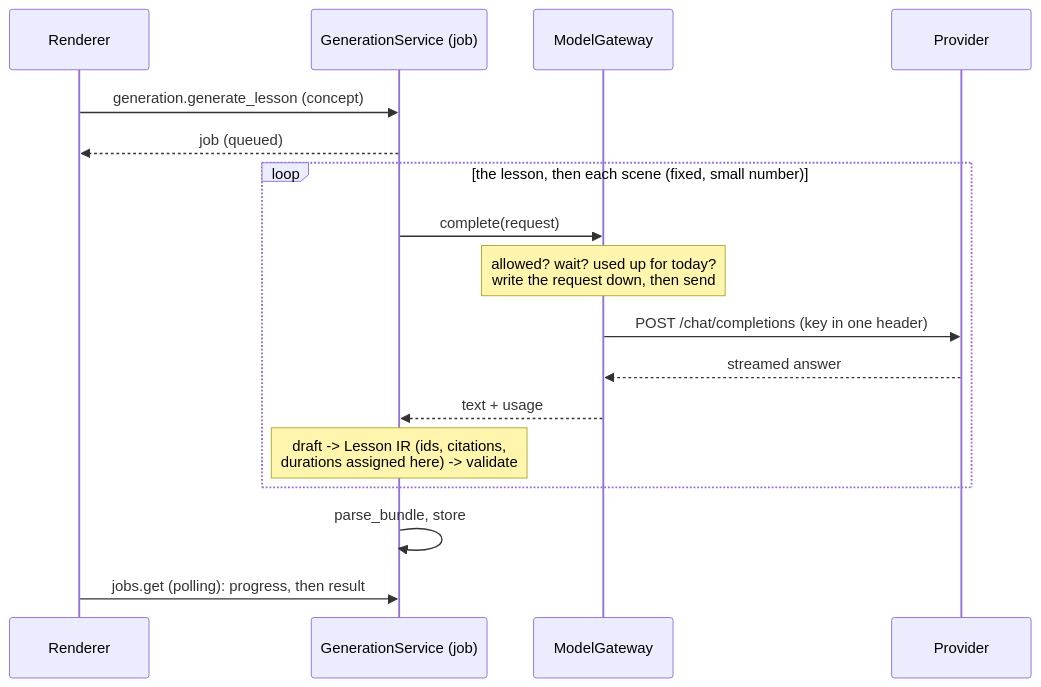
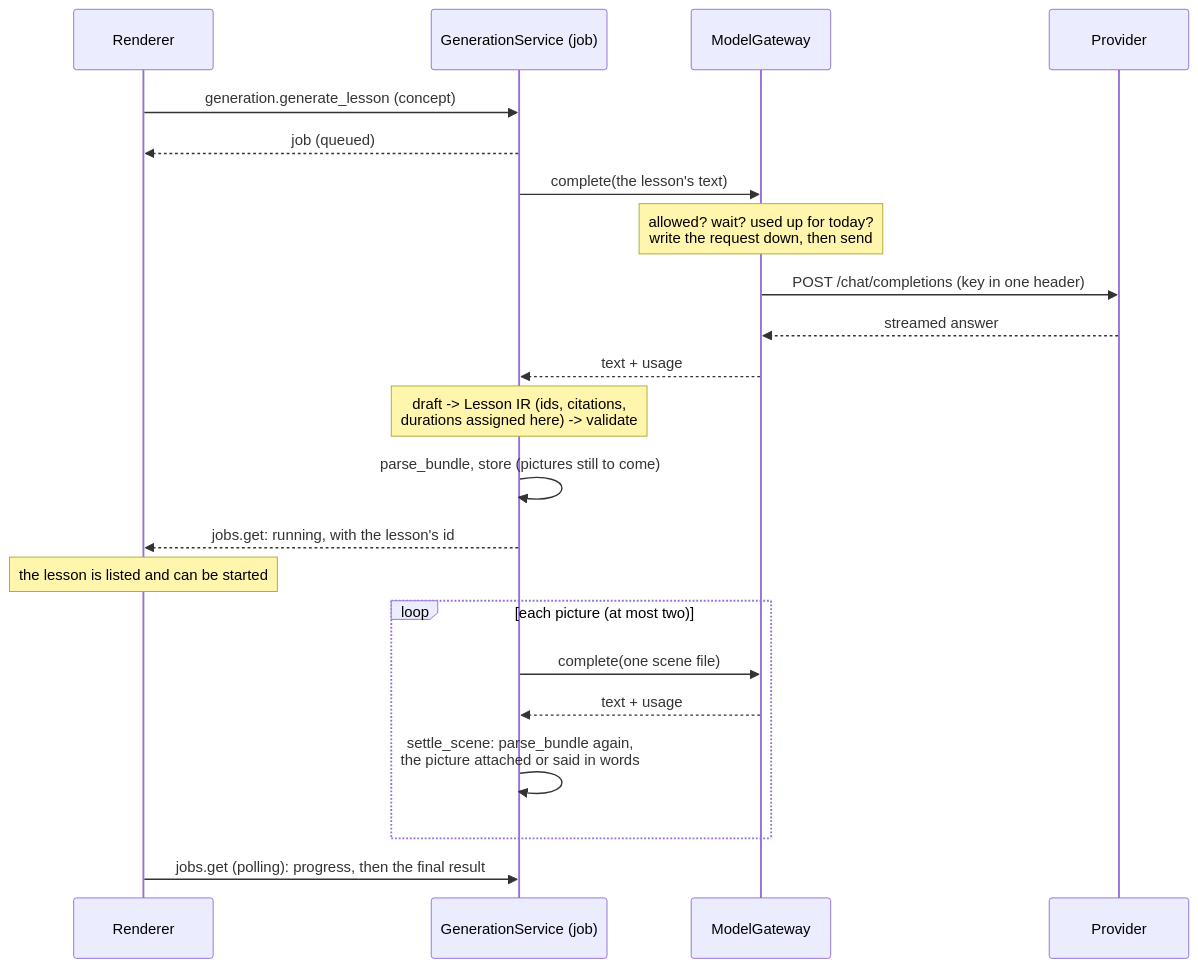
The eighth of 8 diagrams in docs/architecture/overview.md (XelXen/Adle), drawn with Mermaid before and after one commit. The commit also changed other lines of this file and 54 other files, not shown here.

````diff
--- a/docs/architecture/overview.md
+++ b/docs/architecture/overview.md
@@ -216,19 +216,24 @@
 ```mermaid
 sequenceDiagram
   participant UI as Renderer
   participant G as GenerationService (job)
   participant Q as ModelGateway
   participant P as Provider
   UI->>G: generation.generate_lesson (concept)
   G-->>UI: job (queued)
-  loop the lesson, then each scene (fixed, small number)
-    G->>Q: complete(request)
-    Note over Q: allowed? wait? used up for today?<br/>write the request down, then send
-    Q->>P: POST /chat/completions (key in one header)
-    P-->>Q: streamed answer
+  G->>Q: complete(the lesson's text)
+  Note over Q: allowed? wait? used up for today?<br/>write the request down, then send
+  Q->>P: POST /chat/completions (key in one header)
+  P-->>Q: streamed answer
+  Q-->>G: text + usage
+  Note over G: draft -> Lesson IR (ids, citations,<br/>durations assigned here) -> validate
+  G->>G: parse_bundle, store (pictures still to come)
+  G-->>UI: jobs.get: running, with the lesson's id
+  Note over UI: the lesson is listed and can be started
+  loop each picture (at most two)
+    G->>Q: complete(one scene file)
     Q-->>G: text + usage
-    Note over G: draft -> Lesson IR (ids, citations,<br/>durations assigned here) -> validate
+    G->>G: settle_scene: parse_bundle again,<br/>the picture attached or said in words
   end
-  G->>G: parse_bundle, store
-  UI->>G: jobs.get (polling): progress, then result
+  UI->>G: jobs.get (polling): progress, then the final result
 ```
````
